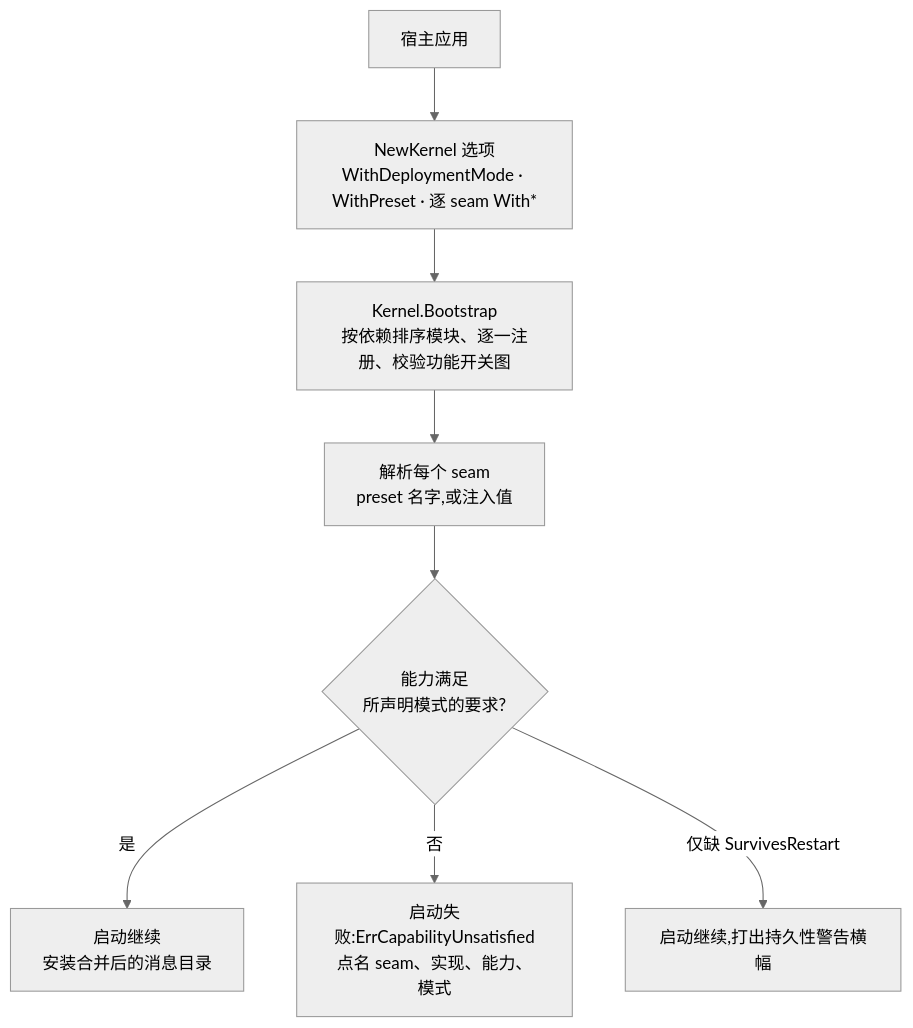
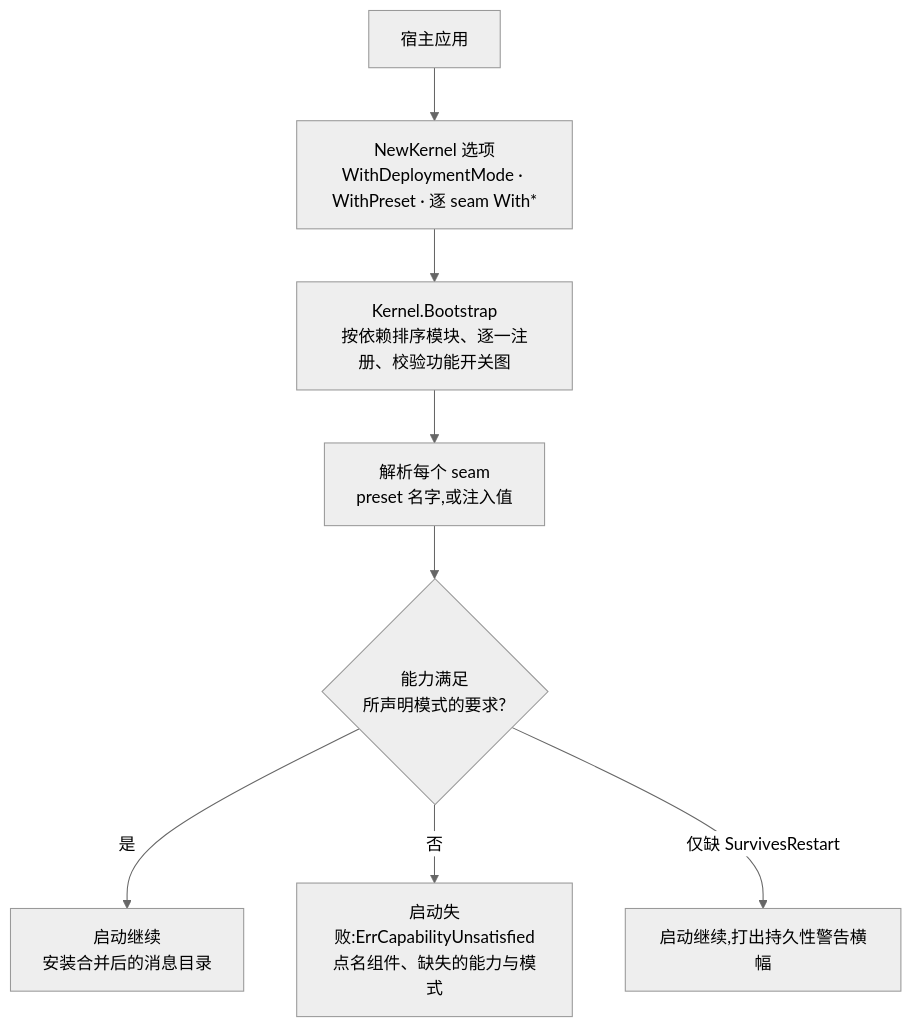
The diagram in docs/site/content.zh-cn/docs/developer-docs/modules/core/pkgcore.md (vislake/speed), drawn with Mermaid (neutral theme) before and after one commit. The commit also changed other lines of this file and 49 other files, not shown here.

````diff
--- a/docs/site/content.zh-cn/docs/developer-docs/modules/core/pkgcore.md
+++ b/docs/site/content.zh-cn/docs/developer-docs/modules/core/pkgcore.md
@@ -37,10 +37,10 @@
 ```mermaid
 flowchart TD
     Host[宿主应用] --> Opts["NewKernel 选项<br/>WithDeploymentMode · WithPreset · 逐 seam With*"]
     Opts --> Boot["Kernel.Bootstrap<br/>按依赖排序模块、逐一注册、校验功能开关图"]
     Boot --> Resolve["解析每个 seam<br/>preset 名字,或注入值"]
     Resolve --> Check{"能力满足<br/>所声明模式的要求?"}
     Check -->|是| Run[启动继续<br/>安装合并后的消息目录]
-    Check -->|否| Fail["启动失败:ErrCapabilityUnsatisfied<br/>点名 seam、实现、能力、模式"]
+    Check -->|否| Fail["启动失败:ErrCapabilityUnsatisfied<br/>点名组件、缺失的能力与模式"]
     Check -->|"仅缺 SurvivesRestart"| Banner[启动继续,打出持久性警告横幅]
 ```
````
